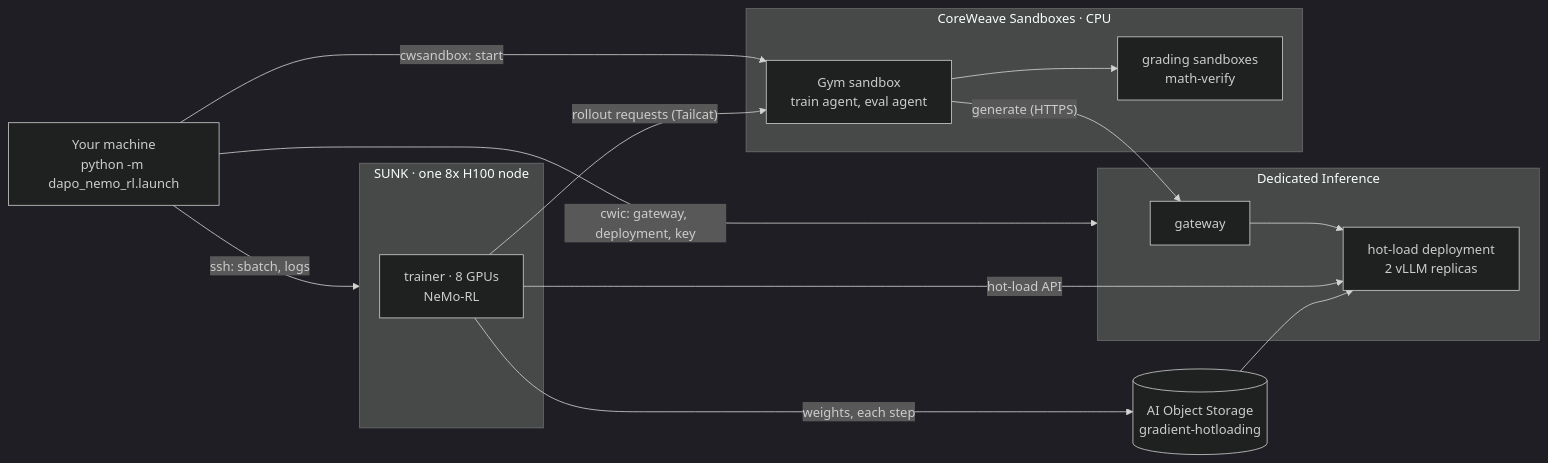
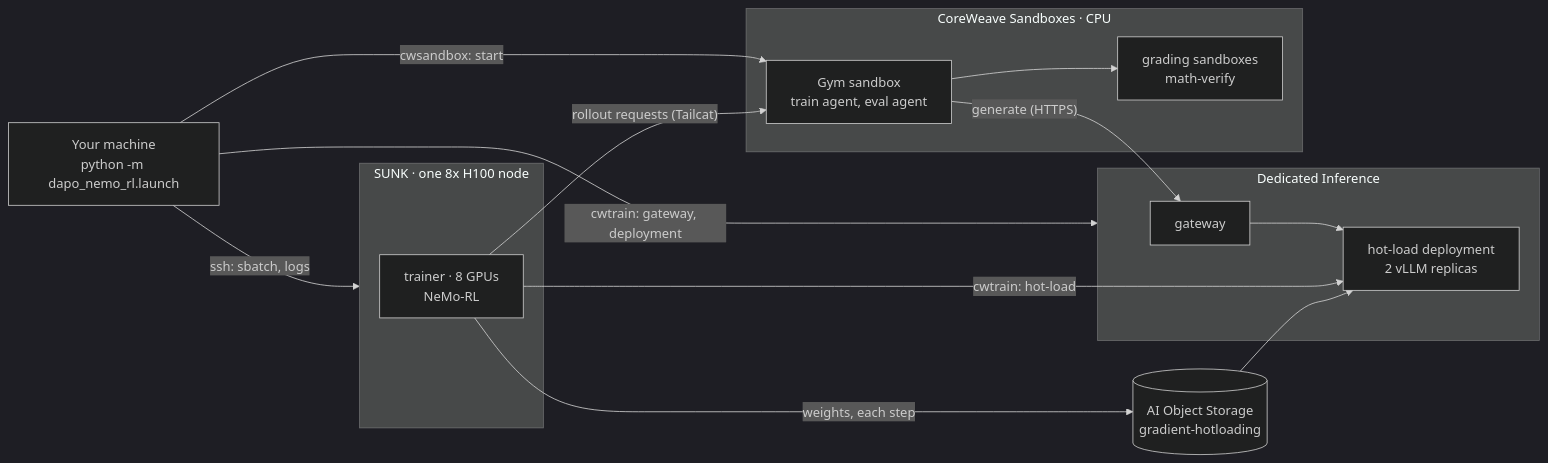
Before and after one commit to brandonrjacobs/cwsandbox-recipes: the diagram in recipes/dapo-nemo-rl/README.md, drawn with Mermaid (dark theme). The commit also changed other lines of this file and 11 other files, not shown here.

Commit message:
feat(dapo-nemo-rl): Use cwtrain for Dedicated Inference lifecycle and hot-load

````diff
--- a/recipes/dapo-nemo-rl/README.md
+++ b/recipes/dapo-nemo-rl/README.md
@@ -19,29 +19,29 @@
 ```mermaid
 flowchart LR
     host["Your machine<br/>python -m dapo_nemo_rl.launch"]
 
     subgraph sunk["SUNK · one 8x H100 node"]
         rl["trainer · 8 GPUs<br/>NeMo-RL"]
     end
 
     subgraph di["Dedicated Inference"]
         gw["gateway"] --> dep["hot-load deployment<br/>2 vLLM replicas"]
     end
 
     bucket[("AI Object Storage<br/>gradient-hotloading")]
 
     subgraph sandboxes["CoreWeave Sandboxes · CPU"]
         gym["Gym sandbox<br/>train agent, eval agent"]
         grade["grading sandboxes<br/>math-verify"]
         gym --> grade
     end
 
-    host -->|"cwic: gateway, deployment, key"| di
+    host -->|"cwtrain: gateway, deployment"| di
     host -->|"ssh: sbatch, logs"| sunk
     host -->|"cwsandbox: start"| gym
     rl -->|"rollout requests (Tailcat)"| gym
     gym -->|"generate (HTTPS)"| gw
     rl -->|"weights, each step"| bucket
-    rl -->|"hot-load API"| dep
+    rl -->|"cwtrain: hot-load"| dep
     bucket --> dep
 ```
````
